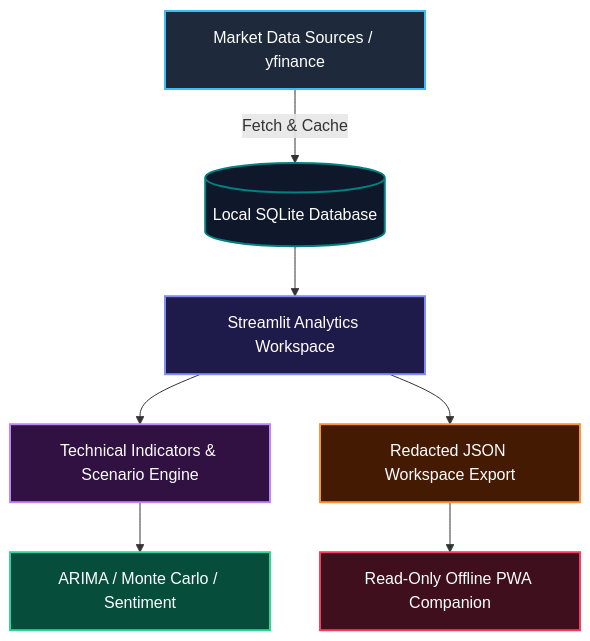
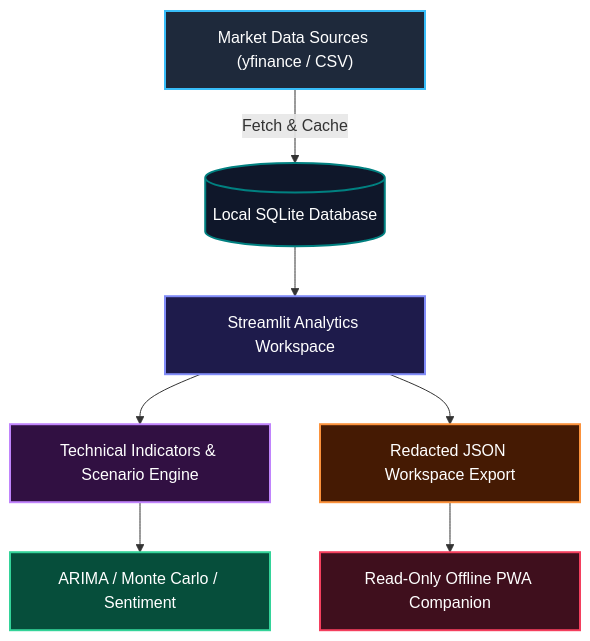
Before and after one commit to assistassets-ai/.github: the diagram in profile/README.md, drawn with Mermaid. The commit also changed other lines of this file and 4 other files, not shown here.

````diff
--- a/profile/README.md
+++ b/profile/README.md
@@ -24,17 +32,17 @@
 ```mermaid
 graph TD
-    A[Market Data Sources / yfinance] -->|Fetch & Cache| B[(Local SQLite Database)]
-    B --> C[Streamlit Analytics Workspace]
-    C --> D[Technical Indicators & Scenario Engine]
-    D --> E[ARIMA / Monte Carlo / Sentiment]
-    C --> F[Redacted JSON Workspace Export]
-    F --> G[Read-Only Offline PWA Companion]
+    A["Market Data Sources (yfinance / CSV)"] -->|Fetch & Cache| B[("Local SQLite Database")]
+    B --> C["Streamlit Analytics Workspace"]
+    C --> D["Technical Indicators & Scenario Engine"]
+    D --> E["ARIMA / Monte Carlo / Sentiment"]
+    C --> F["Redacted JSON Workspace Export"]
+    F --> G["Read-Only Offline PWA Companion"]
 
     style A fill:#1e293b,stroke:#38bdf8,stroke-width:2px,color:#fff
     style B fill:#0f172a,stroke:#008080,stroke-width:2px,color:#fff
     style C fill:#1e1b4b,stroke:#818cf8,stroke-width:2px,color:#fff
     style D fill:#311042,stroke:#c084fc,stroke-width:2px,color:#fff
     style E fill:#064e3b,stroke:#34d399,stroke-width:2px,color:#fff
     style F fill:#451a03,stroke:#fb923c,stroke-width:2px,color:#fff
     style G fill:#3f0f1d,stroke:#f43f5e,stroke-width:2px,color:#fff
 ```
````
